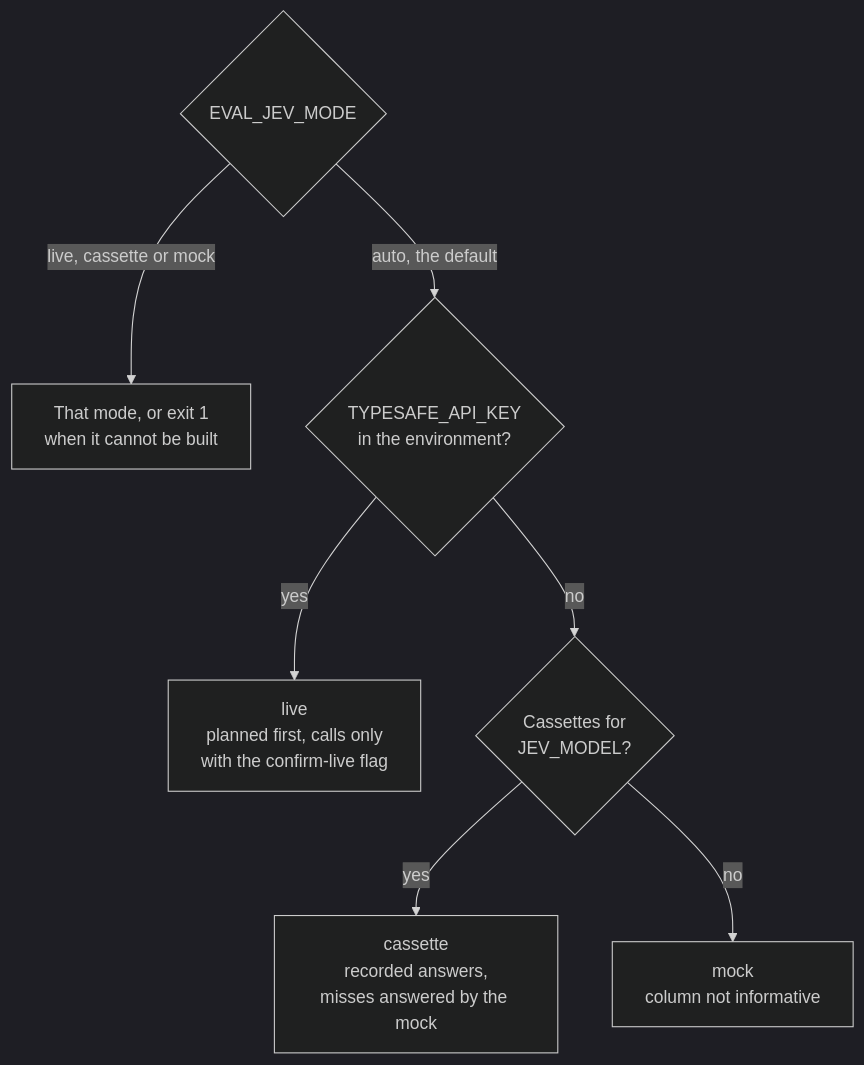
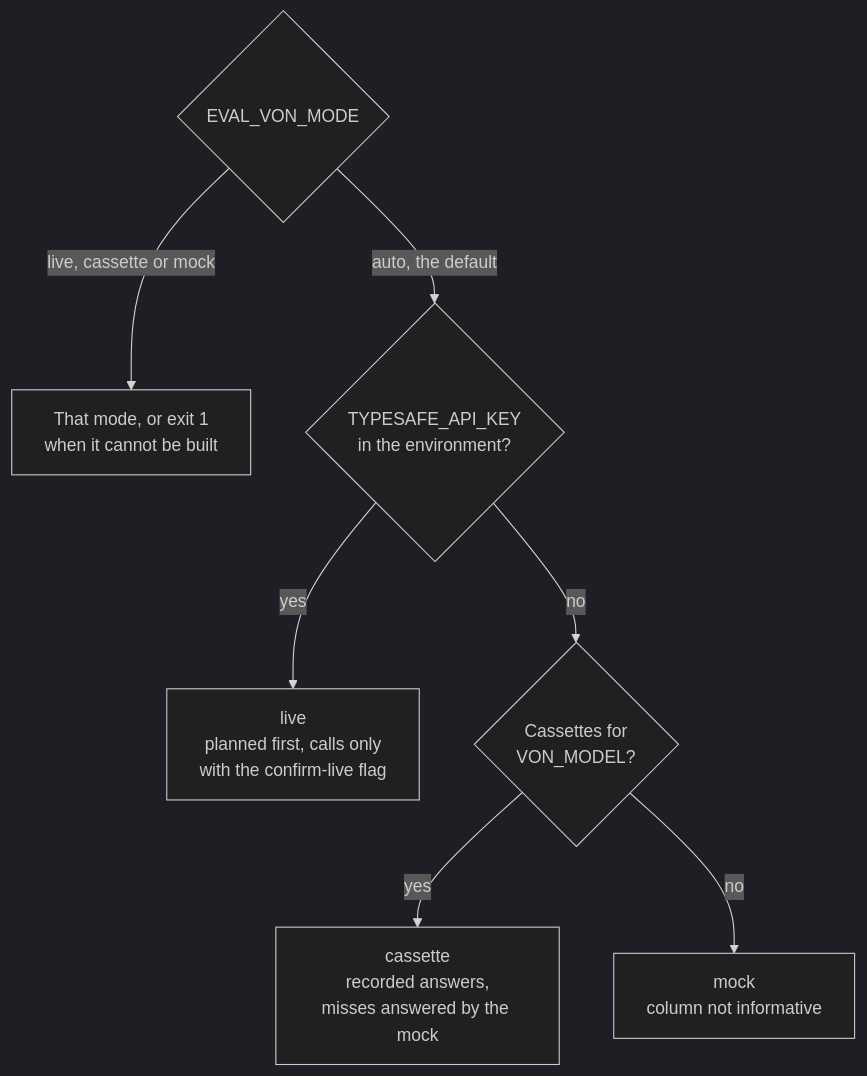
Before and after one commit to arunpune/von-fault-diagnosis-poc: the second of 3 diagrams in docs/evaluation.md, drawn with Mermaid (dark theme). The commit also changed other lines of this file and 256 other files, not shown here.

Commit message:
Rename JEV to VON and configure backend

````diff
--- a/docs/evaluation.md
+++ b/docs/evaluation.md
@@ -232,9 +232,9 @@
 ```mermaid
 flowchart TD
-    M{"EVAL_JEV_MODE"} -->|"live, cassette or mock"| AS["That mode, or exit 1<br/>when it cannot be built"]
+    M{"EVAL_VON_MODE"} -->|"live, cassette or mock"| AS["That mode, or exit 1<br/>when it cannot be built"]
     M -->|"auto, the default"| K{"TYPESAFE_API_KEY<br/>in the environment?"}
     K -->|"yes"| L["live<br/>planned first, calls only<br/>with the confirm-live flag"]
-    K -->|"no"| C{"Cassettes for<br/>JEV_MODEL?"}
+    K -->|"no"| C{"Cassettes for<br/>VON_MODEL?"}
     C -->|"yes"| CS["cassette<br/>recorded answers,<br/>misses answered by the mock"]
     C -->|"no"| MK["mock<br/>column not informative"]
 ```
````
